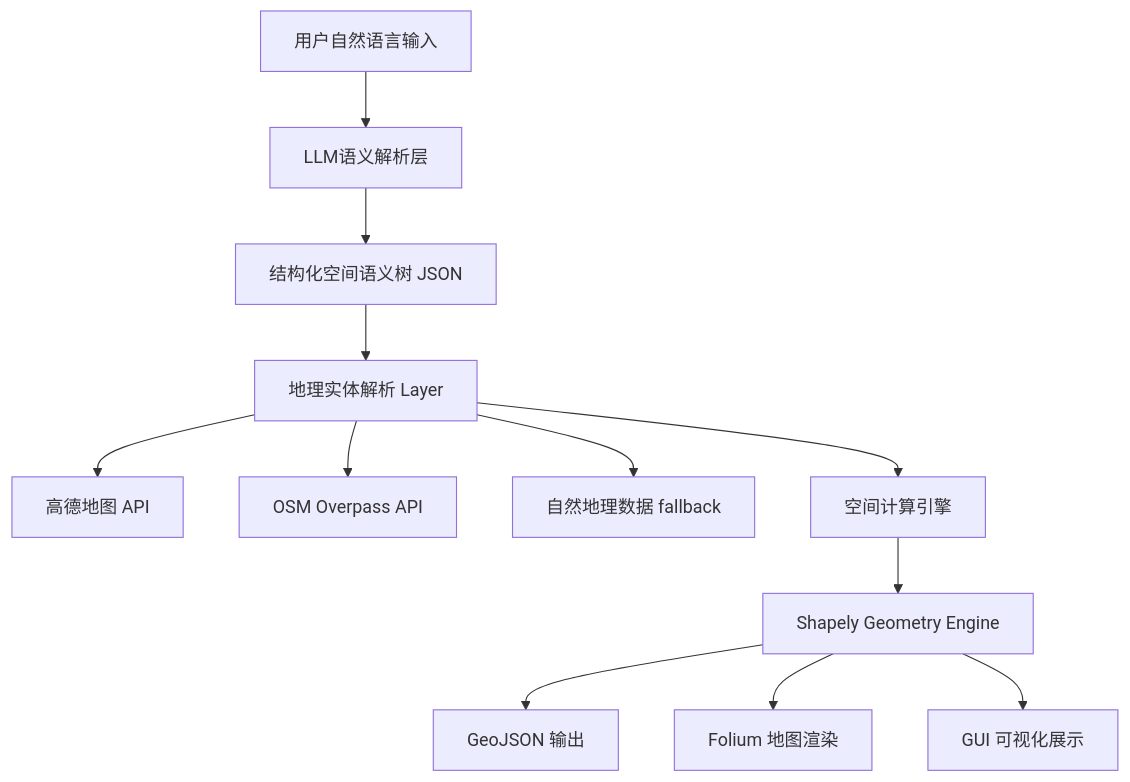
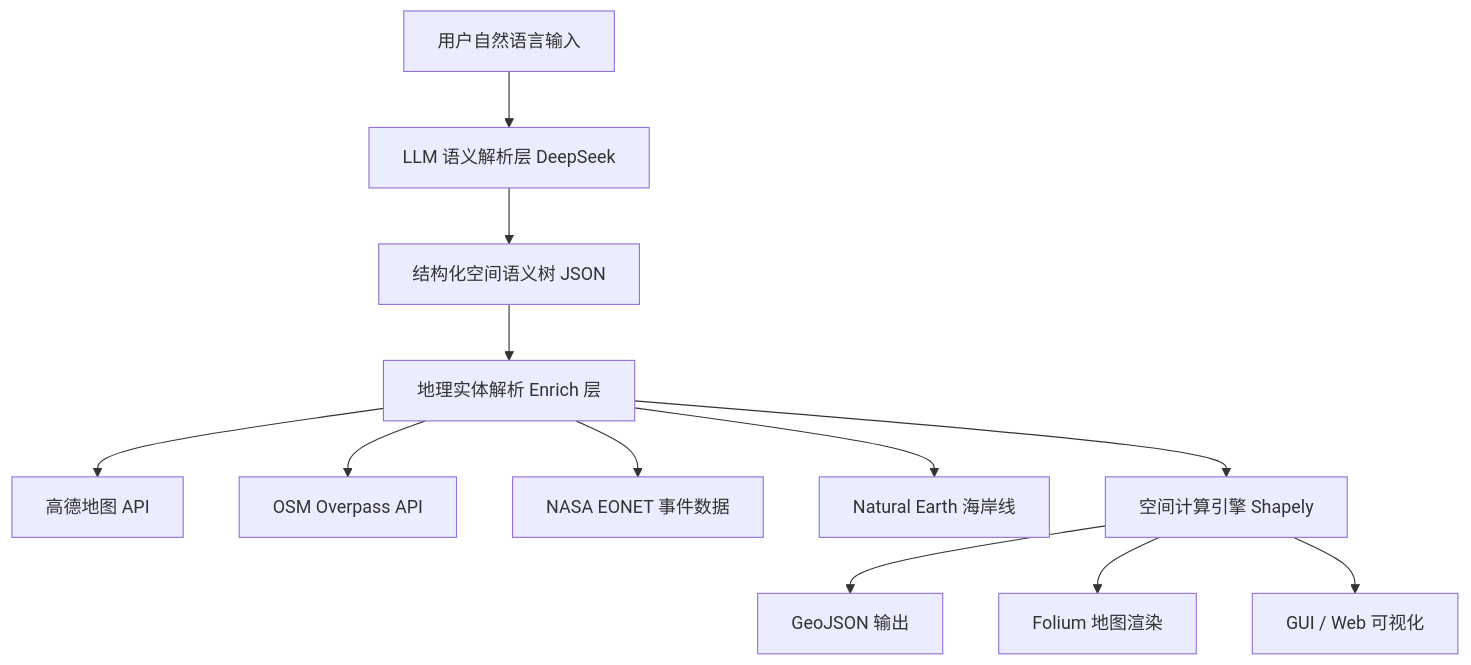
One commit to zheng-qinghua/natural-language-geocoding changed the diagram in README.md. Above: the diagram before and after it, drawn with Mermaid. The commit also changed other lines of this file and 22 other files, not shown here.

````diff
--- a/README.md
+++ b/README.md
@@ -46,19 +48,14 @@
 ```mermaid
 graph TD
-
-A[用户自然语言输入] --> B[LLM语义解析层]
-
+A[用户自然语言输入] --> B[LLM 语义解析层 DeepSeek]
 B --> C[结构化空间语义树 JSON]
-
-C --> D[地理实体解析 Layer]
+C --> D[地理实体解析 Enrich 层]
 D --> D1[高德地图 API]
 D --> D2[OSM Overpass API]
-D --> D3[自然地理数据 fallback]
-
-D --> E[空间计算引擎]
-E --> E1[Shapely Geometry Engine]
-
-E1 --> F[GeoJSON 输出]
-E1 --> G[Folium 地图渲染]
-E1 --> H[GUI 可视化展示]
+D --> D3[NASA EONET 事件数据]
+D --> D4[Natural Earth 海岸线]
+D --> E[空间计算引擎 Shapely]
+E --> F[GeoJSON 输出]
+E --> G[Folium 地图渲染]
+E --> H[GUI / Web 可视化]
 ```
````
